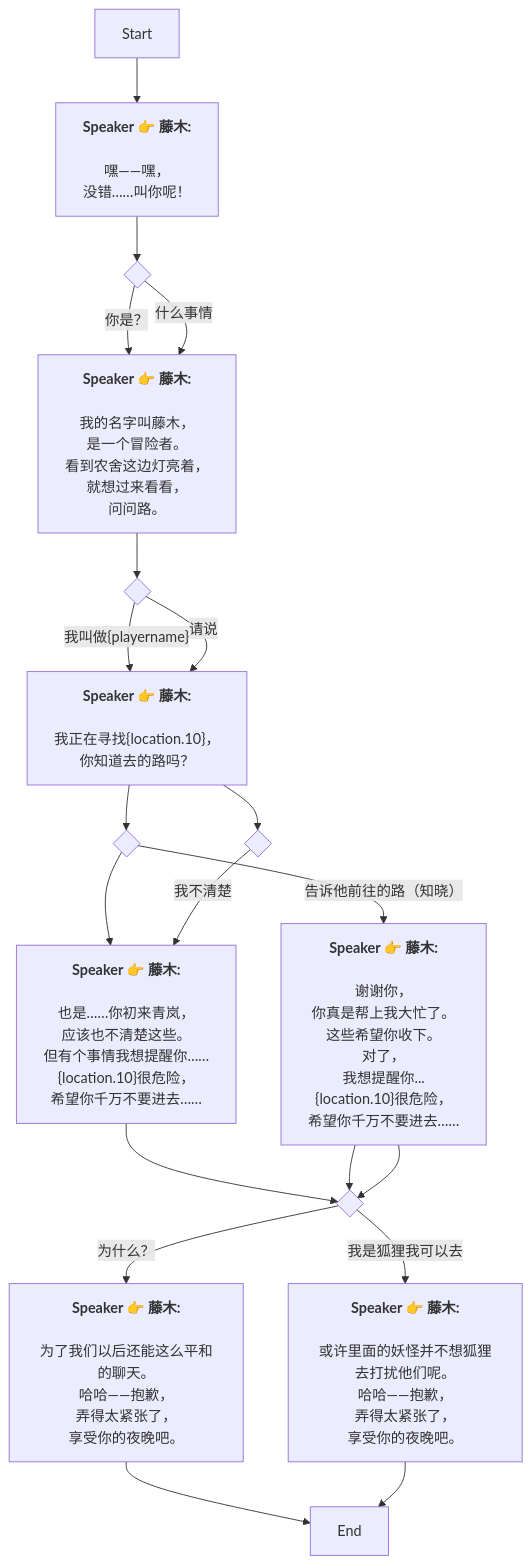
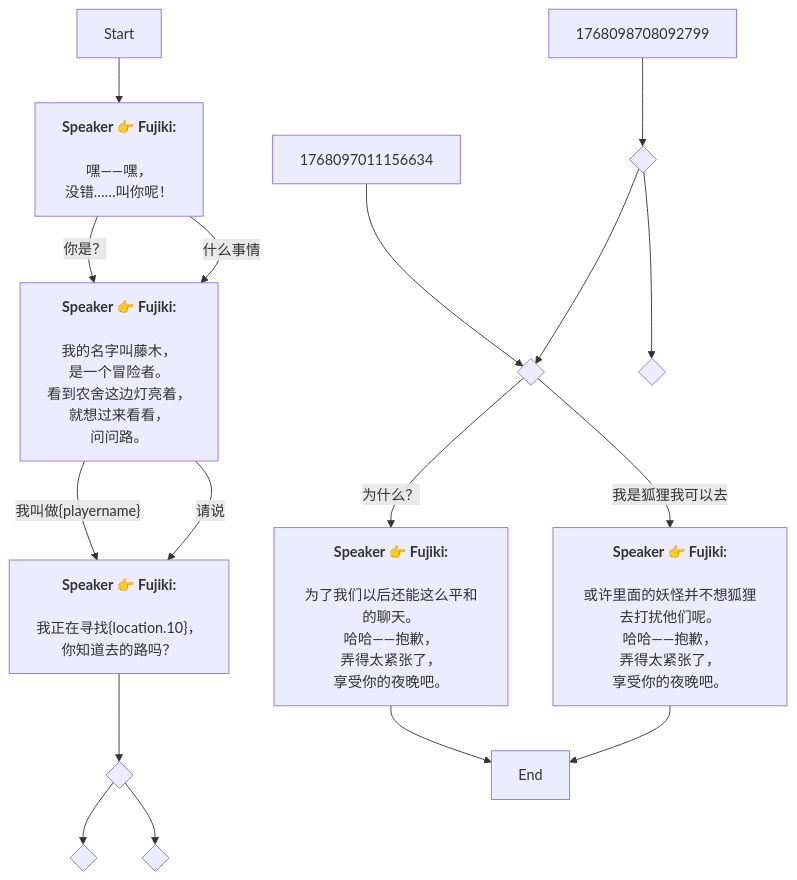
The diagram in Zh/QuestTalkObjectiveNode_1768086622206848.md (SoftHu/tos_avg), drawn with Mermaid before and after one commit. The commit also changed 737 other files, not shown here.

````diff
--- a/Zh/QuestTalkObjectiveNode_1768086622206848.md
+++ b/Zh/QuestTalkObjectiveNode_1768086622206848.md
@@ -1,74 +1,40 @@
 ```mermaid
 graph
-Start -->1768096637256321[<b>Speaker 👉 藤木:</b>
-
-嘿——嘿，
+Start -->1768096637256321[<b>Speaker 👉 Fujiki:</b>
+\n嘿——嘿，
 没错……叫你呢！]
-1768096637256321 -->1768096681759362{ }
-1768096681759362 -->|你是？|1768096699678344[<b>Speaker 👉 藤木:</b>
-
-我的名字叫藤木，
-是一个冒险者。
-看到农舍这边灯亮着，
+1768096637256321 -->|你是？|1768096699678344[<b>Speaker 👉 Fujiki:</b>
+\n我的名字叫藤木，
+是一个冒险者。\n看到农舍这边灯亮着，
 就想过来看看，
 问问路。]
-1768096681759362 -->|什么事情|1768096699678344[<b>Speaker 👉 藤木:</b>
-
-我的名字叫藤木，
-是一个冒险者。
-看到农舍这边灯亮着，
+1768096637256321 -->|什么事情|1768096699678344[<b>Speaker 👉 Fujiki:</b>
+\n我的名字叫藤木，
+是一个冒险者。\n看到农舍这边灯亮着，
 就想过来看看，
 问问路。]
-1768096699678344 -->1768096733006473{ }
-1768096733006473 -->|我叫做&lbrace;playername&rbrace;|1768096751167118[<b>Speaker 👉 藤木:</b>
-
-我正在寻找&lbrace;location.10&rbrace;，
+1768096699678344 -->|我叫做&lbrace;playername&rbrace;|1768096751167118[<b>Speaker 👉 Fujiki:</b>
+\n我正在寻找&lbrace;location.10&rbrace;，
 你知道去的路吗？]
-1768096733006473 -->|请说|1768096751167118[<b>Speaker 👉 藤木:</b>
-
-我正在寻找&lbrace;location.10&rbrace;，
+1768096699678344 -->|请说|1768096751167118[<b>Speaker 👉 Fujiki:</b>
+\n我正在寻找&lbrace;location.10&rbrace;，
 你知道去的路吗？]
-1768096751167118 -->1768096783748751{ }
-1768096751167118 -->1768097003165337{ }
-1768096783748751 -->1768097011156634[<b>Speaker 👉 藤木:</b>
-
-也是……你初来青岚，
-应该也不清楚这些。
-但有个事情我想提醒你……
-&lbrace;location.10&rbrace;很危险，
-希望你千万不要进去……]
-1768096783748751 -->|告诉他前往的路（知晓）|1768098708092799[<b>Speaker 👉 藤木:</b>
-
-谢谢你，
-你真是帮上我大忙了。
-这些希望你收下。
-对了，
-我想提醒你...
-&lbrace;location.10&rbrace;很危险，
-希望你千万不要进去……]
-1768097011156634 -->1768099210808191{ }
-1768099210808191 -->|为什么？|1768099232604036[<b>Speaker 👉 藤木:</b>
-
-为了我们以后还能这么平和的聊天。
-哈哈——抱歉，
+1768096751167118 -->1768096807608976{ }
+1768096807608976 -->1768096783748751{ }
+1768096807608976 -->1768097003165337{ }
+1768097011156634 -->442024252789158{ }
+1768099232604036 -->1768100975726470[End]
+1768099271465861 -->1768100975726470[End]
+1768098708092799 -->1768102595985288{ }
+1768102595985288 -->1768099210808191{ }
+1768102595985288 -->442024252789158{ }
+442024252789158 -->|为什么？|1768099232604036[<b>Speaker 👉 Fujiki:</b>
+\n为了我们以后还能这么平和的聊天。\n哈哈——抱歉，
 弄得太紧张了，
 享受你的夜晚吧。]
-1768099210808191 -->|我是狐狸我可以去|1768099271465861[<b>Speaker 👉 藤木:</b>
-
-或许里面的妖怪并不想狐狸去打扰他们呢。
-哈哈——抱歉，
+442024252789158 -->|我是狐狸我可以去|1768099271465861[<b>Speaker 👉 Fujiki:</b>
+\n或许里面的妖怪并不想狐狸去打扰他们呢。\n哈哈——抱歉，
 弄得太紧张了，
 享受你的夜晚吧。]
-1768099232604036 -->1768100975726470[End]
-1768099271465861 -->1768100975726470[End]
-1768098708092799 -->1768099210808191{ }
-1768098708092799 -->1768099210808191{ }
-1768097003165337 -->|我不清楚|1768097011156634[<b>Speaker 👉 藤木:</b>
 
-也是……你初来青岚，
-应该也不清楚这些。
-但有个事情我想提醒你……
-&lbrace;location.10&rbrace;很危险，
-希望你千万不要进去……]
-
- ```
+```
````
